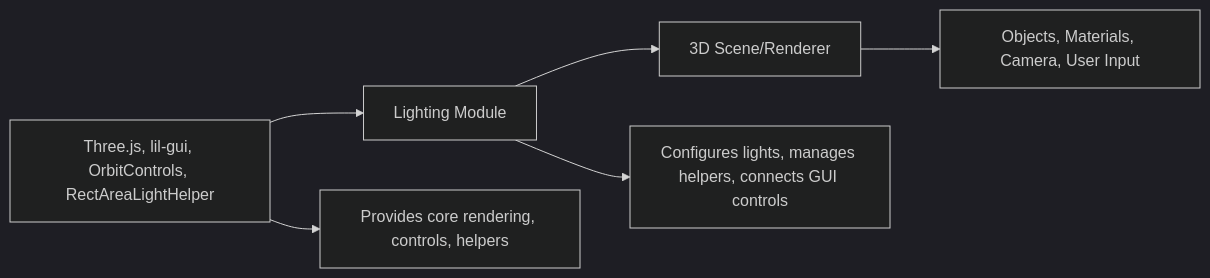
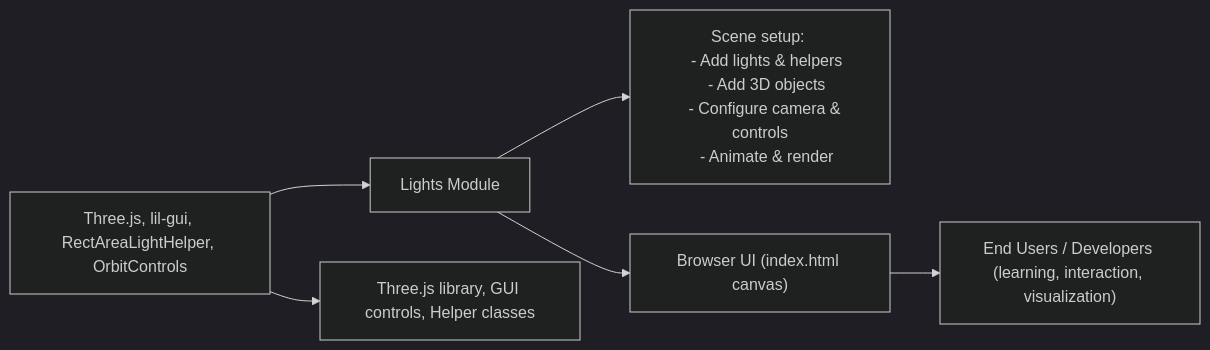
The diagram in .shelfya/guide/lights.md (NicoooM/three-js-test), drawn with Mermaid (dark theme) before and after one commit. The commit also changed other lines of this file and 15 other files, not shown here.

````diff
--- a/.shelfya/guide/lights.md
+++ b/.shelfya/guide/lights.md
@@ -69,7 +50,12 @@
 ```mermaid
 flowchart LR
-  dependencies["Three.js, lil-gui, OrbitControls, RectAreaLightHelper"] --> thisModule["Lighting Module"] --> usedBy["3D Scene/Renderer"]
-  dependencies --> details["Provides core rendering, controls, helpers"]
-  thisModule --> process["Configures lights, manages helpers, connects GUI controls"]
-  usedBy --> consumers["Objects, Materials, Camera, User Input"]
+  dependencies["Three.js, lil-gui, RectAreaLightHelper, OrbitControls"] --> thisModule["Lights Module"]
+  dependencies --> details["Three.js library, GUI controls, Helper classes"]
+  thisModule --> process["Scene setup: 
+   - Add lights & helpers
+   - Add 3D objects
+   - Configure camera & controls
+   - Animate & render"]
+  usedBy["Browser UI (index.html canvas)"] --> consumers["End Users / Developers (learning, interaction, visualization)"]
+  thisModule --> usedBy
 ```
````
